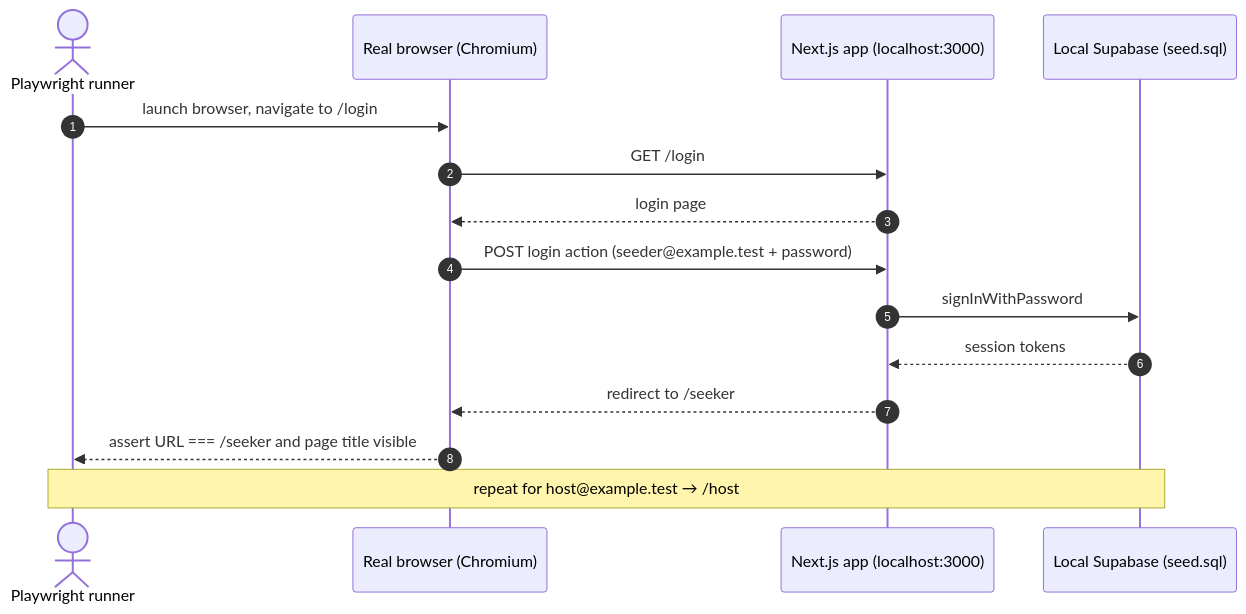
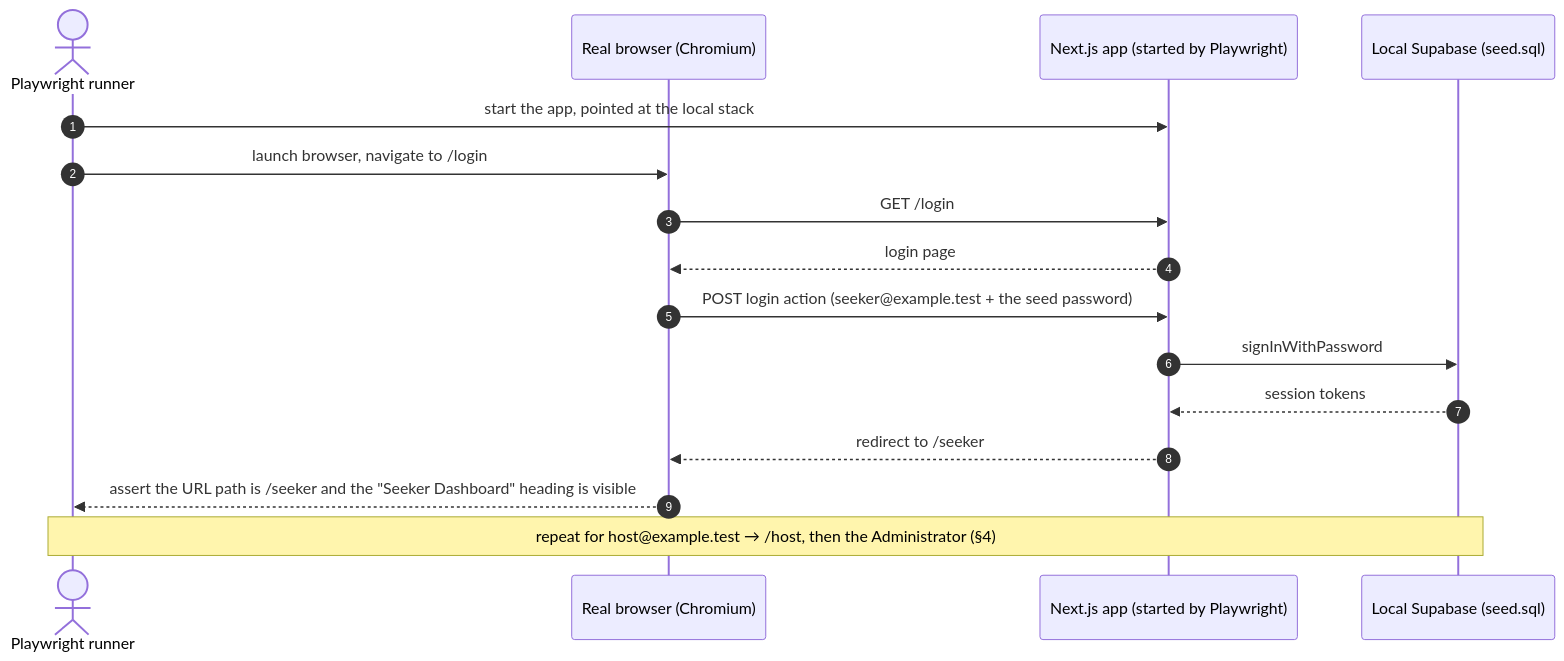
Before and after one commit to dreeyanzz/studyhub: the second of 2 diagrams in docs/design/STORY-06-testing-qa.md, drawn with Mermaid. The commit also changed other lines of this file and 1 other file, not shown here.

````diff
--- a/docs/design/STORY-06-testing-qa.md
+++ b/docs/design/STORY-06-testing-qa.md
@@ -54,17 +54,18 @@
 ```mermaid
 sequenceDiagram
     autonumber
     actor P as Playwright runner
     participant B as Real browser (Chromium)
-    participant App as Next.js app (localhost:3000)
+    participant App as Next.js app (started by Playwright)
     participant DB as Local Supabase (seed.sql)
+    P->>App: start the app, pointed at the local stack
     P->>B: launch browser, navigate to /login
     B->>App: GET /login
     App-->>B: login page
-    B->>App: POST login action (seeder@example.test + password)
+    B->>App: POST login action (seeker@example.test + the seed password)
     App->>DB: signInWithPassword
     DB-->>App: session tokens
     App-->>B: redirect to /seeker
-    B-->>P: assert URL === /seeker and page title visible
-    note over P,DB: repeat for host@example.test → /host
+    B-->>P: assert the URL path is /seeker and the "Seeker Dashboard" heading is visible
+    note over P,DB: repeat for host@example.test → /host, then the Administrator (§4)
 ```
````
